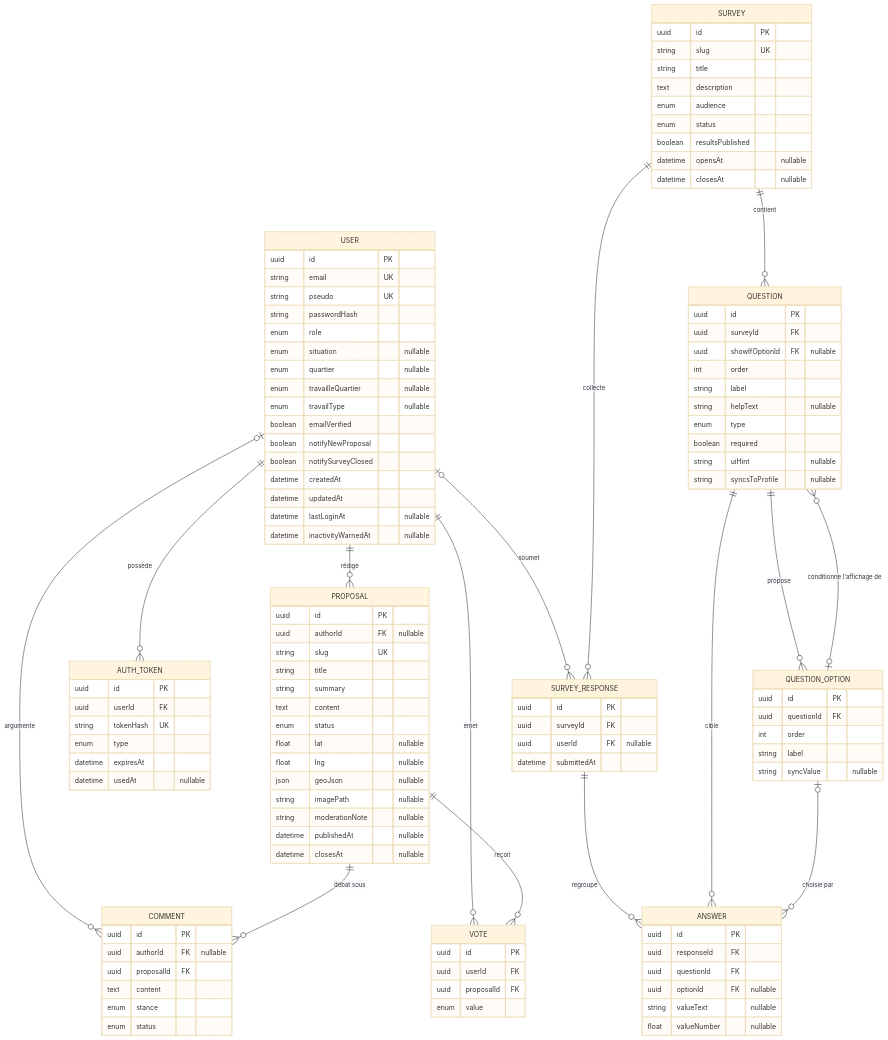
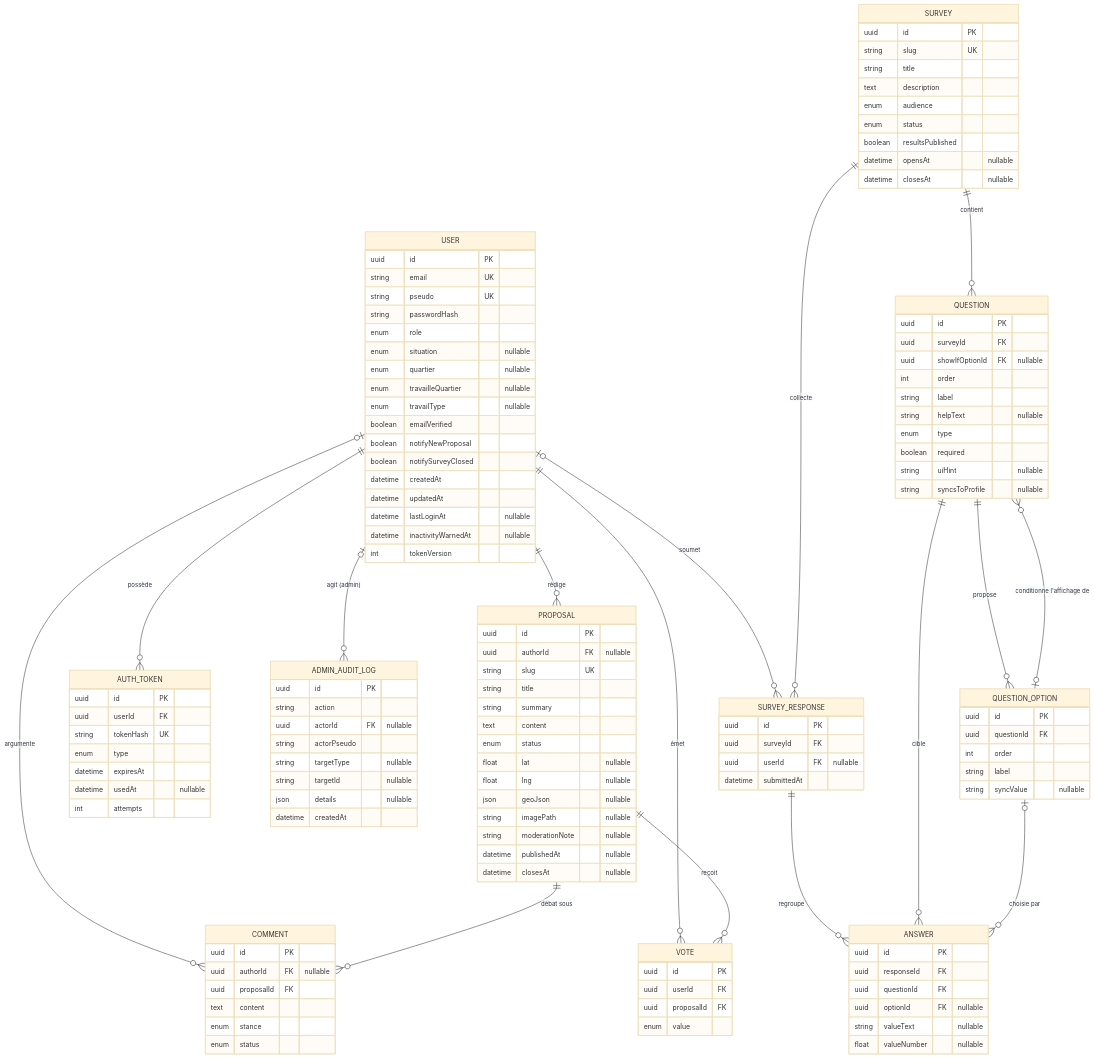
Before and after one commit to Nathalie-Leduc/Senlis-Participatif-docs: the diagram in 02-diagramme-erd.md, drawn with Mermaid (base theme). The commit also changed other lines of this file and 14 other files, not shown here.

Commit message:
docs: S5A-06 — AdminAuditLog, tokenVersion, attempts (02, 03, 08, 19), audit (21), registre (22), kanban (16)

```diff
--- a/02-diagramme-erd.md
+++ b/02-diagramme-erd.md
@@ -10,6 +10,7 @@
     USER ||--o{ PROPOSAL : "rédige"
     USER ||--o{ VOTE : "émet"
     USER ||--o{ AUTH_TOKEN : "possède"
+    USER |o--o{ ADMIN_AUDIT_LOG : "agit (admin)"
     PROPOSAL ||--o{ VOTE : "reçoit"
     USER |o--o{ COMMENT : "argumente"
     PROPOSAL ||--o{ COMMENT : "débat sous"
@@ -39,6 +40,7 @@
         datetime updatedAt
         datetime lastLoginAt "nullable"
         datetime inactivityWarnedAt "nullable"
+        int tokenVersion
     }
     AUTH_TOKEN {
         uuid id PK
@@ -47,6 +49,17 @@
         enum type
         datetime expiresAt
         datetime usedAt "nullable"
+        int attempts
+    }
+    ADMIN_AUDIT_LOG {
+        uuid id PK
+        string action
+        uuid actorId FK "nullable"
+        string actorPseudo
+        string targetType "nullable"
+        string targetId "nullable"
+        json details "nullable"
+        datetime createdAt
     }
     PROPOSAL {
         uuid id PK
```
